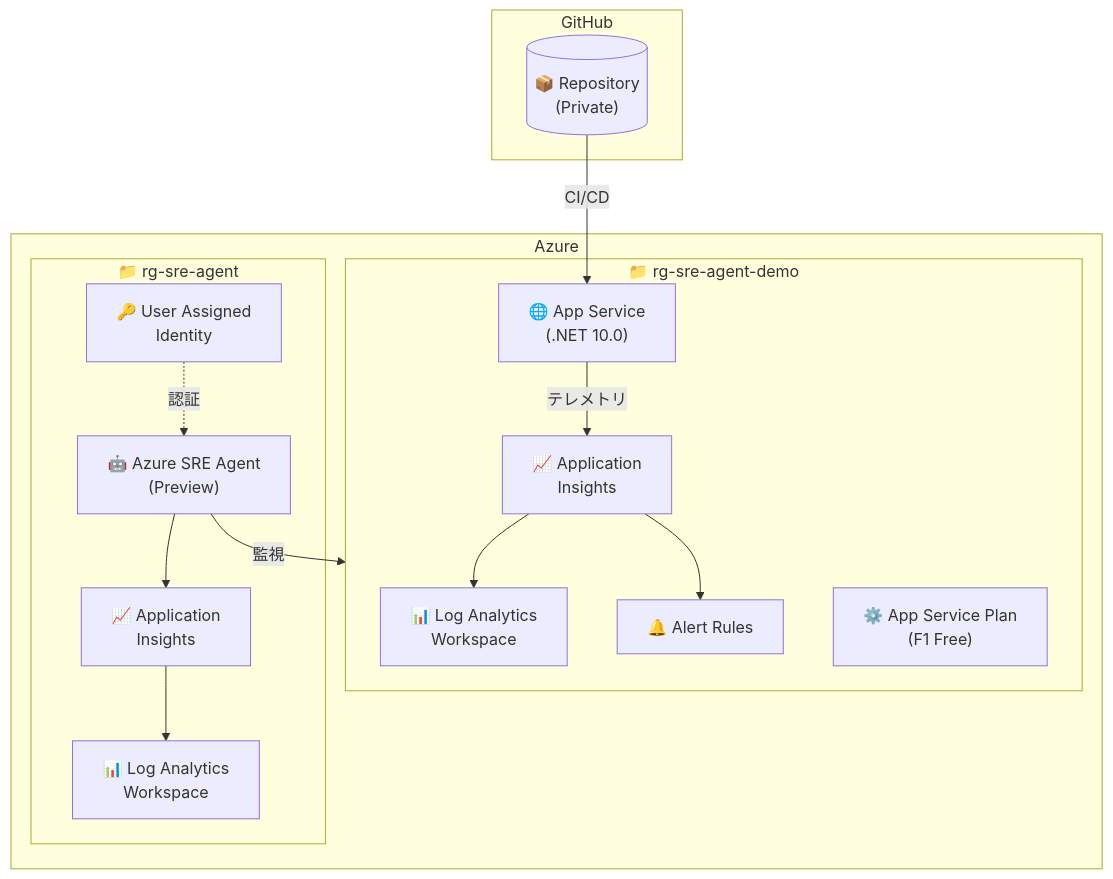
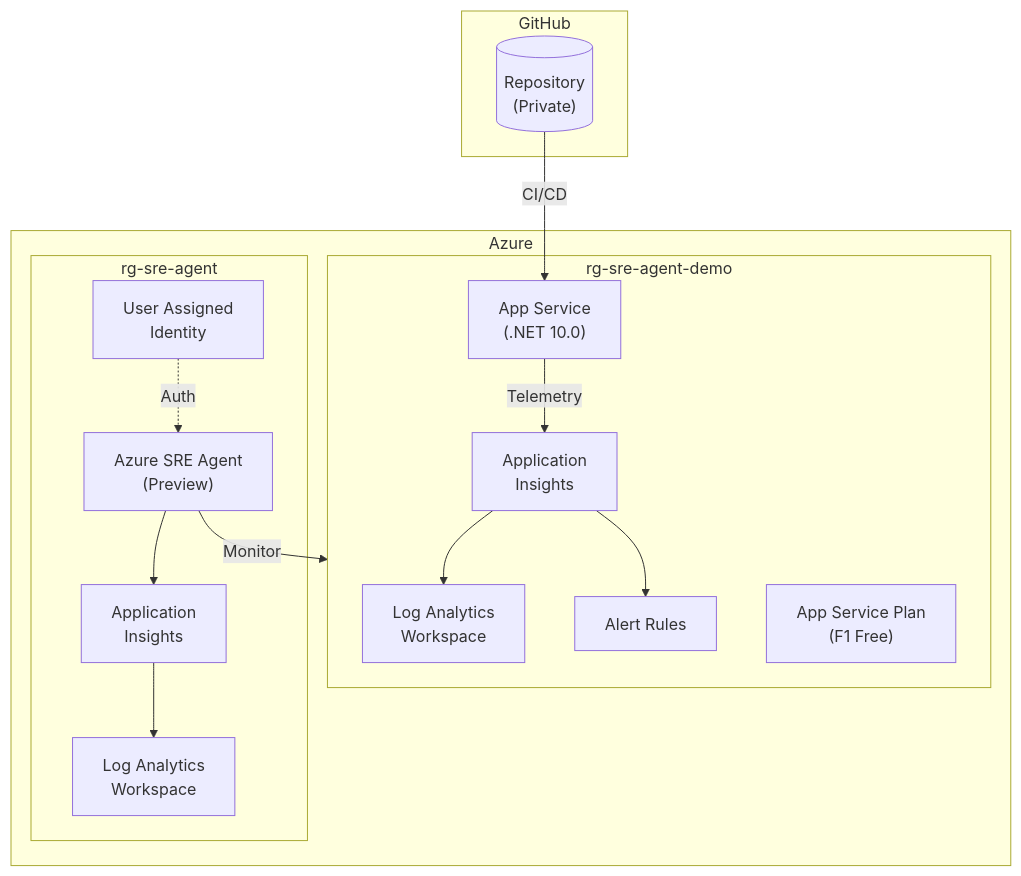
The diagram in README.md (ussvgr/azure-sre-agent-demokit), drawn with Mermaid before and after one commit.

Commit message:
Refactor README.md to improve clarity and remove emoji from resource descriptions

````diff
--- a/README.md
+++ b/README.md
@@ -12,33 +12,33 @@
 ```mermaid
 graph TB
     subgraph GitHub
-        REPO[("📦 Repository<br/>(Private)")]
+        REPO[("Repository<br/>(Private)")]
     end
 
     subgraph Azure
-        subgraph RG1["📁 rg-sre-agent-demo"]
-            LAW["📊 Log Analytics<br/>Workspace"]
-            AI["📈 Application<br/>Insights"]
-            ALERT["🔔 Alert Rules"]
-            ASP["⚙️ App Service Plan<br/>(F1 Free)"]
-            APP["🌐 App Service<br/>(.NET 10.0)"]
+        subgraph RG1["rg-sre-agent-demo"]
+            LAW["Log Analytics<br/>Workspace"]
+            AI["Application<br/>Insights"]
+            ALERT["Alert Rules"]
+            ASP["App Service Plan<br/>(F1 Free)"]
+            APP["App Service<br/>(.NET 10.0)"]
         end
 
-        subgraph RG2["📁 rg-sre-agent"]
-            SLAW["📊 Log Analytics<br/>Workspace"]
-            SAI["📈 Application<br/>Insights"]
-            UAI["🔑 User Assigned<br/>Identity"]
-            SRE["🤖 Azure SRE Agent<br/>(Preview)"]
+        subgraph RG2["rg-sre-agent"]
+            SLAW["Log Analytics<br/>Workspace"]
+            SAI["Application<br/>Insights"]
+            UAI["User Assigned<br/>Identity"]
+            SRE["Azure SRE Agent<br/>(Preview)"]
         end
     end
 
     %% Connections
     REPO -->|"CI/CD"| APP
-    APP -->|"テレメトリ"| AI
+    APP -->|"Telemetry"| AI
     AI --> LAW
     AI --> ALERT
-    SRE -->|"監視"| RG1
+    SRE -->|"Monitor"| RG1
     SRE --> SAI
     SAI --> SLAW
-    UAI -.->|"認証"| SRE
+    UAI -.->|"Auth"| SRE
 ```
````
